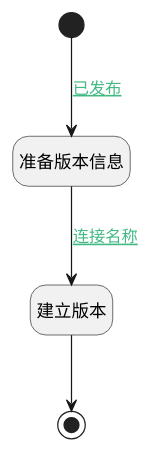
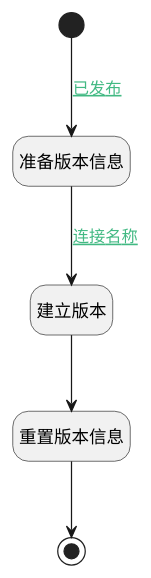
One commit to iBizLab/plm changed the diagram in doc/docsify/module/Wiki/article_page/logic/commit_version.md. Above: the diagram before and after it, drawn with PlantUML. The commit also changed other lines of this file and 2688 other files, not shown here.

````diff
--- a/doc/docsify/module/Wiki/article_page/logic/commit_version.md
+++ b/doc/docsify/module/Wiki/article_page/logic/commit_version.md
@@ -7,23 +7,25 @@
 ```plantuml
 @startuml
 hide empty description
 <style>
 root {
   HyperlinkColor #42b983
 }
 </style>
 
 hide empty description
 state "开始" as Begin <<start>> [[$./commit_version#begin {"开始"}]]
 state "结束" as END1 <<end>> [[$./commit_version#end1 {"结束"}]]
 state "准备版本信息" as PREPARE_PARAM1  [[$./commit_version#prepare_param1 {"准备版本信息"}]]
+state "重置版本信息" as PREPAREPARAM2  [[$./commit_version#prepareparam2 {"重置版本信息"}]]
 state "建立版本" as COMMIT_VERSION  [[$./commit_version#commit_version {"建立版本"}]]
 
 
 Begin --> PREPARE_PARAM1 : [[$./commit_version#begin-prepare_param1{已发布} 已发布]]
 PREPARE_PARAM1 --> COMMIT_VERSION : [[$./commit_version#prepare_param1-commit_version{连接名称} 连接名称]]
-COMMIT_VERSION --> END1
+COMMIT_VERSION --> PREPAREPARAM2
+PREPAREPARAM2 --> END1
 
 
 @enduml
 ```
````
